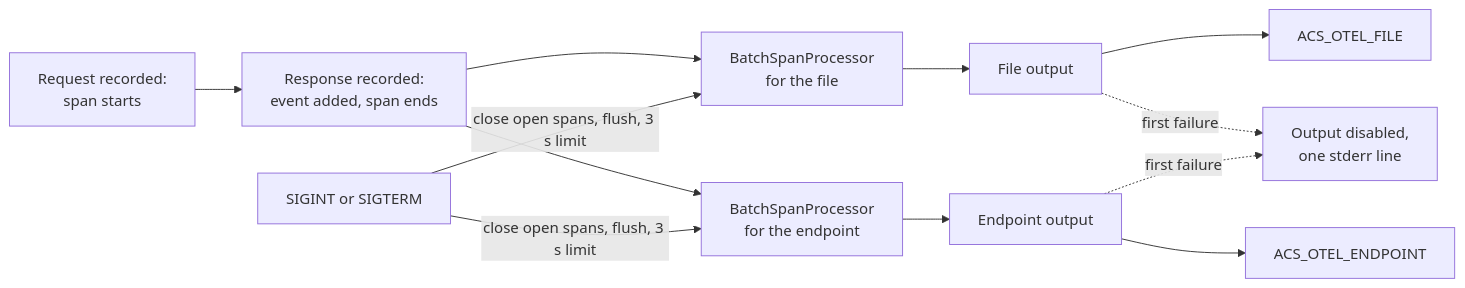
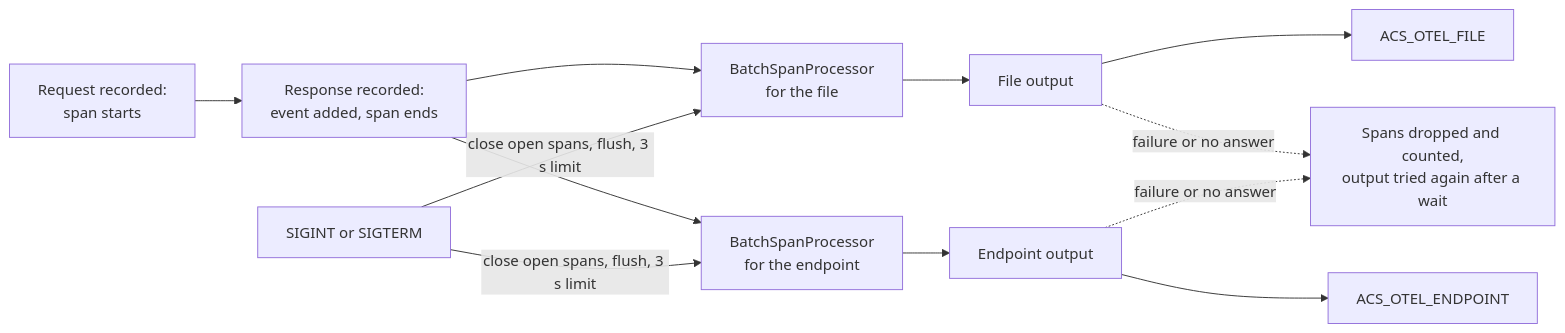
Before and after one commit to GenAI-Security-Project/agent-control-standard: the diagram in reference-implementations/agt/packages/guardian/README.md, drawn with Mermaid. The commit also changed other lines of this file and 4 other files, not shown here.

First line of the commit message:
Recover a failed or stalled trace output and count the spans it drops

````diff
--- a/reference-implementations/agt/packages/guardian/README.md
+++ b/reference-implementations/agt/packages/guardian/README.md
@@ -83,14 +91,14 @@
 ```mermaid
 flowchart LR
     start["Request recorded:<br/>span starts"] --> finish["Response recorded:<br/>event added, span ends"]
     finish --> bspfile["BatchSpanProcessor<br/>for the file"]
     finish --> bspend["BatchSpanProcessor<br/>for the endpoint"]
     bspfile --> outfile["File output"]
     bspend --> outend["Endpoint output"]
     outfile --> file["ACS_OTEL_FILE"]
     outend --> collector["ACS_OTEL_ENDPOINT"]
-    outfile -.->|"first failure"| off["Output disabled,<br/>one stderr line"]
-    outend -.->|"first failure"| off
+    outfile -.->|"failure or no answer"| off["Spans dropped and counted,<br/>output tried again after a wait"]
+    outend -.->|"failure or no answer"| off
     stop["SIGINT or SIGTERM"] -->|"close open spans, flush, 3 s limit"| bspfile
     stop -->|"close open spans, flush, 3 s limit"| bspend
 ```
````
